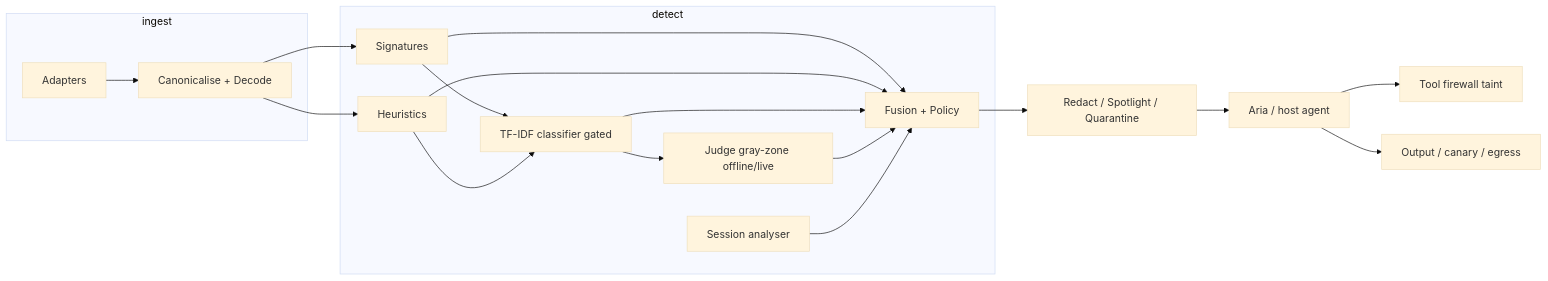
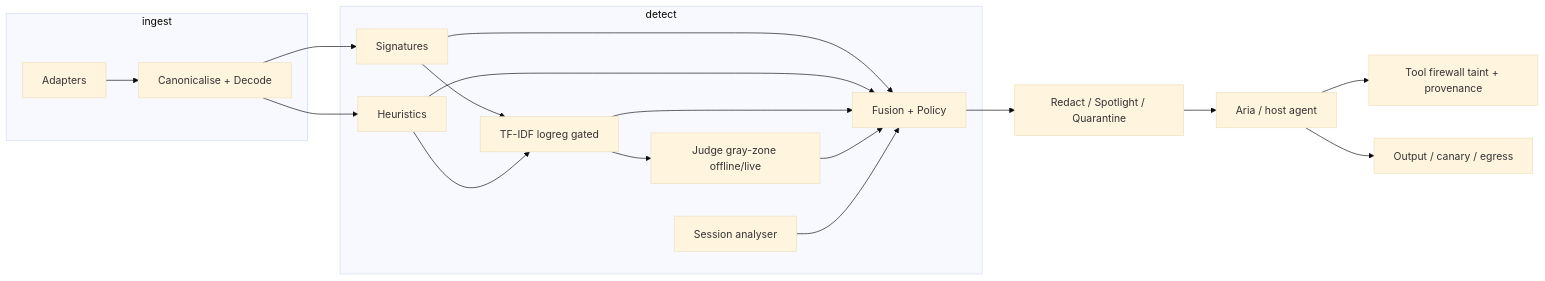
One commit to Sohamsurve/PromptShield changed the diagram in docs/SUBMISSION.md. Above: the diagram before and after it, drawn with Mermaid (base theme). The commit also changed other lines of this file and 15 other files, not shown here.

````diff
--- a/docs/SUBMISSION.md
+++ b/docs/SUBMISSION.md
@@ -5,22 +5,22 @@
 ```mermaid
 flowchart LR
   subgraph ingest
     A[Adapters] --> N[Canonicalise + Decode]
   end
   subgraph detect
     N --> S[Signatures]
     N --> H[Heuristics]
-    S --> C[TF-IDF classifier gated]
+    S --> C[TF-IDF logreg gated]
     H --> C
     C --> J[Judge gray-zone offline/live]
     S --> F[Fusion + Policy]
     H --> F
     C --> F
     J --> F
     Sess[Session analyser] --> F
   end
   F --> Neu[Redact / Spotlight / Quarantine]
   Neu --> Agent[Aria / host agent]
-  Agent --> TG[Tool firewall taint]
+  Agent --> TG[Tool firewall taint + provenance]
   Agent --> OG[Output / canary / egress]
 ```
````
